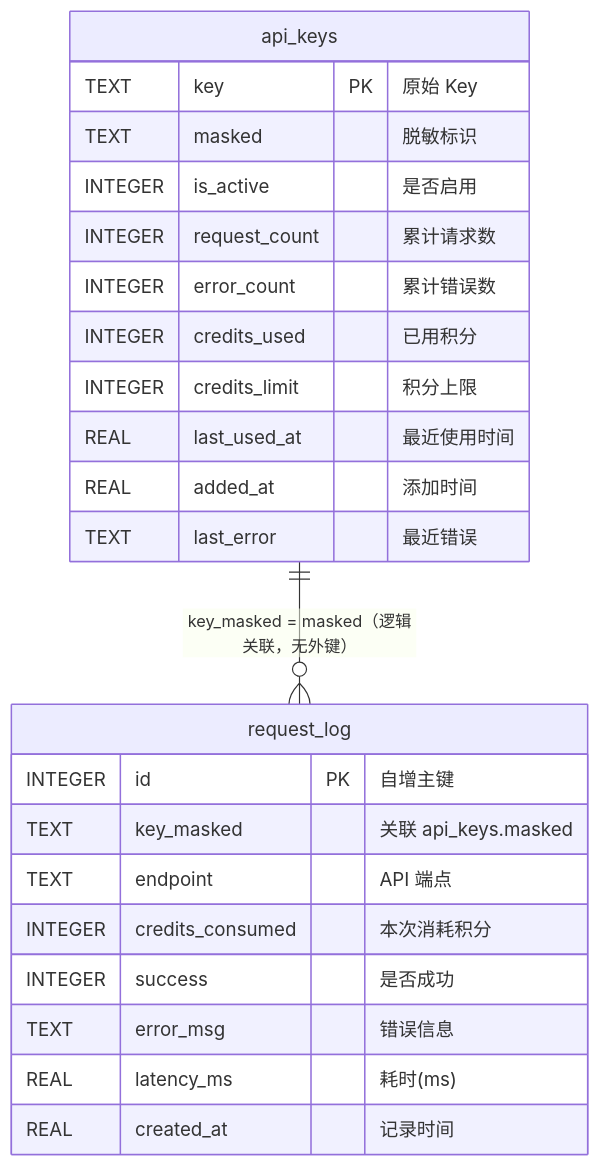
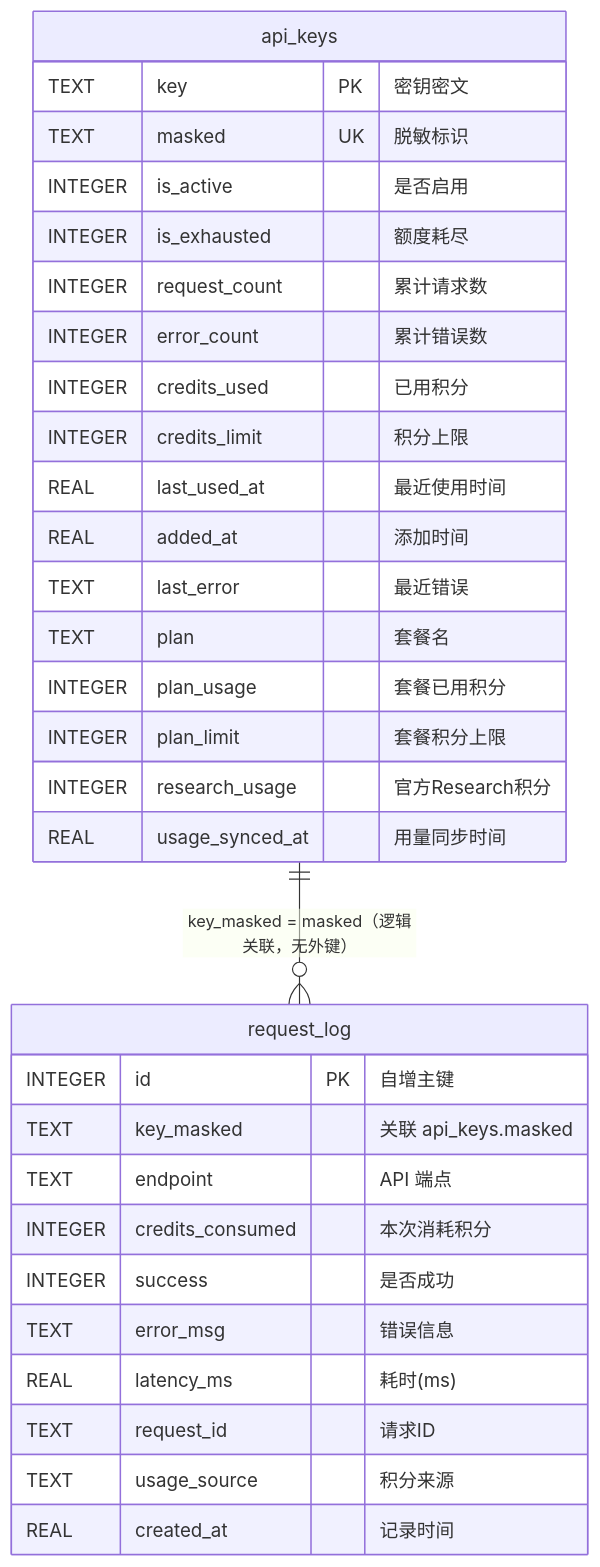
Before and after one commit to zylyes/tavily-key: the first of 3 diagrams in docs/wiki/核心功能/用量追踪与日志.md, drawn with Mermaid. The commit also changed other lines of this file and 16 other files, not shown here.

````diff
--- a/docs/wiki/核心功能/用量追踪与日志.md
+++ b/docs/wiki/核心功能/用量追踪与日志.md
@@ -88,28 +118,36 @@
 ```mermaid
 erDiagram
     api_keys ||--o{ request_log : "key_masked = masked（逻辑关联，无外键）"
 
     api_keys {
-        TEXT key PK "原始 Key"
-        TEXT masked "脱敏标识"
+        TEXT key PK "密钥密文"
+        TEXT masked UK "脱敏标识"
         INTEGER is_active "是否启用"
+        INTEGER is_exhausted "额度耗尽"
         INTEGER request_count "累计请求数"
         INTEGER error_count "累计错误数"
         INTEGER credits_used "已用积分"
         INTEGER credits_limit "积分上限"
         REAL last_used_at "最近使用时间"
         REAL added_at "添加时间"
         TEXT last_error "最近错误"
+        TEXT plan "套餐名"
+        INTEGER plan_usage "套餐已用积分"
+        INTEGER plan_limit "套餐积分上限"
+        INTEGER research_usage "官方Research积分"
+        REAL usage_synced_at "用量同步时间"
     }
 
     request_log {
         INTEGER id PK "自增主键"
         TEXT key_masked "关联 api_keys.masked"
         TEXT endpoint "API 端点"
         INTEGER credits_consumed "本次消耗积分"
         INTEGER success "是否成功"
         TEXT error_msg "错误信息"
         REAL latency_ms "耗时(ms)"
+        TEXT request_id "请求ID"
+        TEXT usage_source "积分来源"
         REAL created_at "记录时间"
     }
 ```
````
